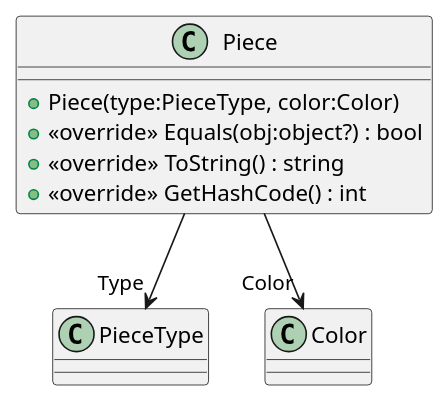
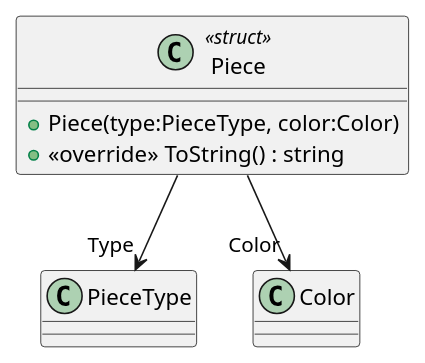
The diagram in plantuml/Piece.puml (jk-ba/Chess), drawn with PlantUML before and after one commit. The commit also changed 1 other file, not shown here.

```diff
--- a/plantuml/Piece.puml
+++ b/plantuml/Piece.puml
@@ -1,10 +1,8 @@
 @startuml
-class Piece {
+class Piece <<struct>> {
     + Piece(type:PieceType, color:Color)
-    + <<override>> Equals(obj:object?) : bool
     + <<override>> ToString() : string
-    + <<override>> GetHashCode() : int
 }
 Piece --> "Type" PieceType
 Piece --> "Color" Color
 @enduml
```
